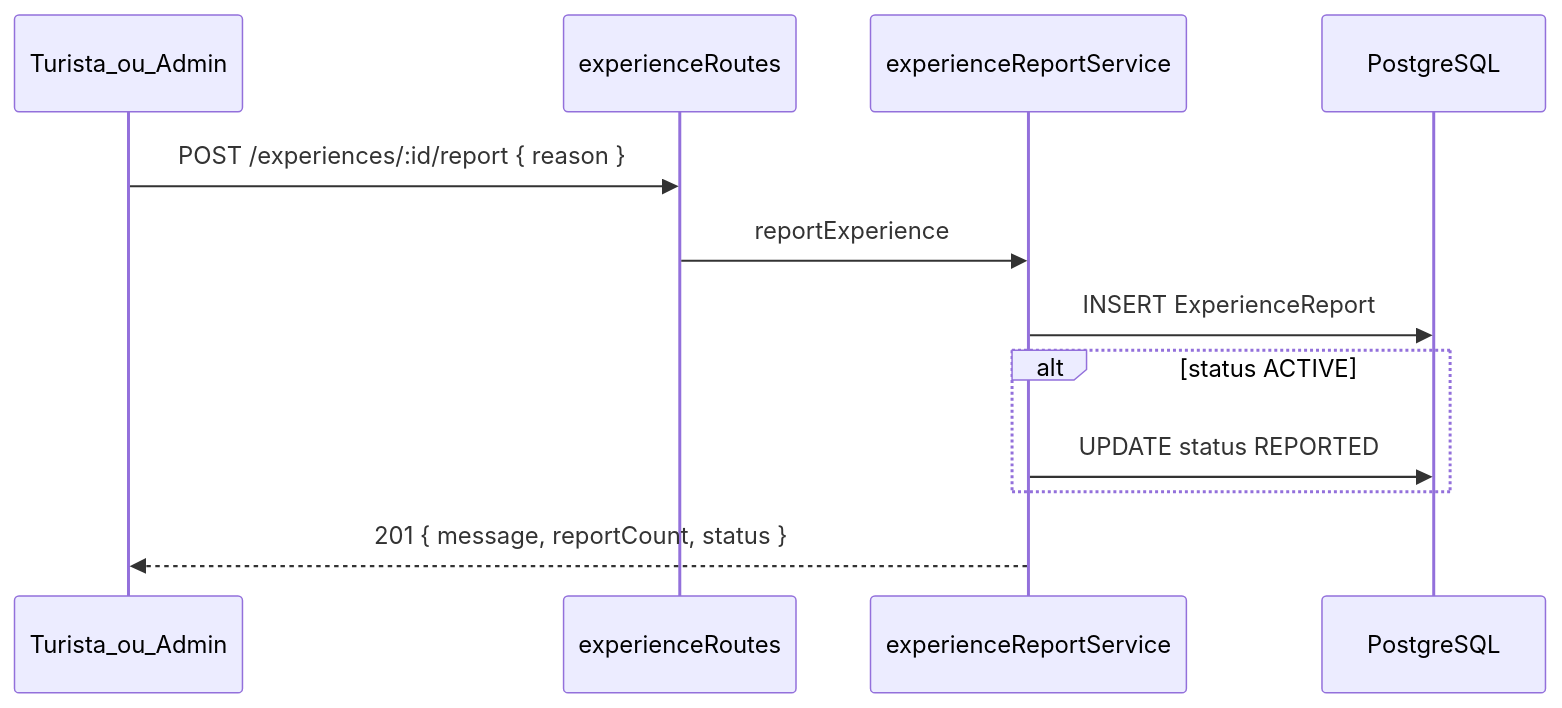
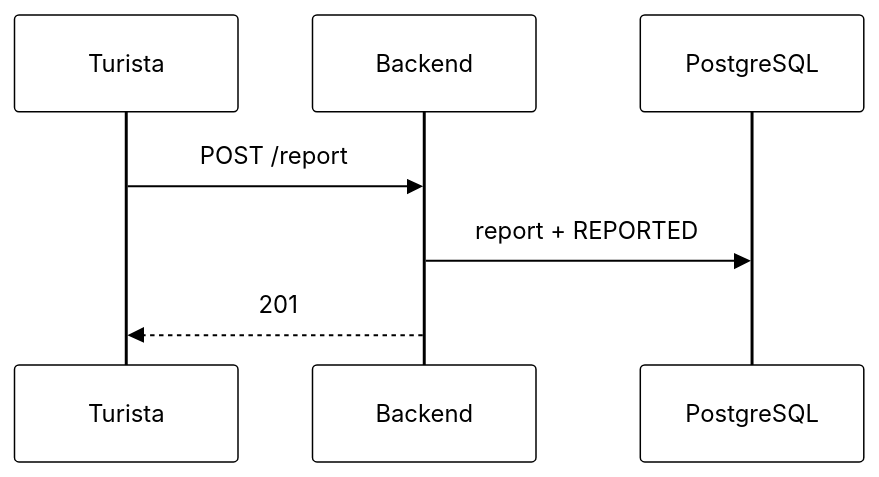
One commit to Marianamrts/Copia_2026.01-T02_G5_EuAmoPiri_Entrega_04 changed the third of 4 diagrams in docs/requisitos/RF-denuncia-backend/4.7.DenunciaModeracao.md. Above: the diagram before and after it, drawn with Mermaid. The commit also changed other lines of this file and 30 other files, not shown here.

````diff
--- a/docs/requisitos/RF-denuncia-backend/4.7.DenunciaModeracao.md
+++ b/docs/requisitos/RF-denuncia-backend/4.7.DenunciaModeracao.md
@@ -191,15 +130,10 @@
 ```mermaid
+%%{init: {'theme':'base','themeVariables':{'primaryColor':'#fff','primaryTextColor':'#000','primaryBorderColor':'#000','lineColor':'#000','secondaryColor':'#eee','tertiaryColor':'#fff','clusterBkg':'#fff','clusterBorder':'#000','actorBkg':'#fff','actorBorder':'#000','actorTextColor':'#000'}}}%%
 sequenceDiagram
-    participant U as Turista_ou_Admin
-    participant R as experienceRoutes
-    participant S as experienceReportService
+    participant U as Turista
+    participant API as Backend
     participant DB as PostgreSQL
-
-    U->>R: POST /experiences/:id/report { reason }
-    R->>S: reportExperience
-    S->>DB: INSERT ExperienceReport
-    alt status ACTIVE
-        S->>DB: UPDATE status REPORTED
-    end
-    S-->>U: 201 { message, reportCount, status }
+    U->>API: POST /report
+    API->>DB: report + REPORTED
+    API-->>U: 201
 ```
````
